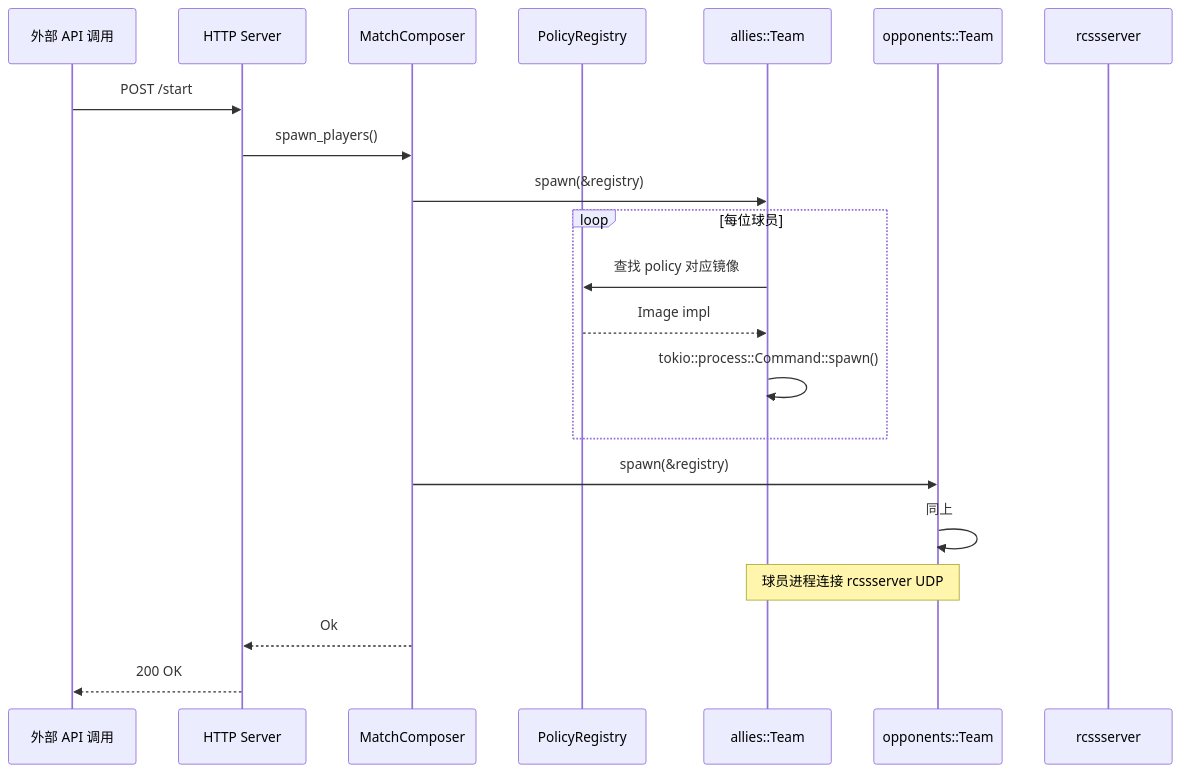
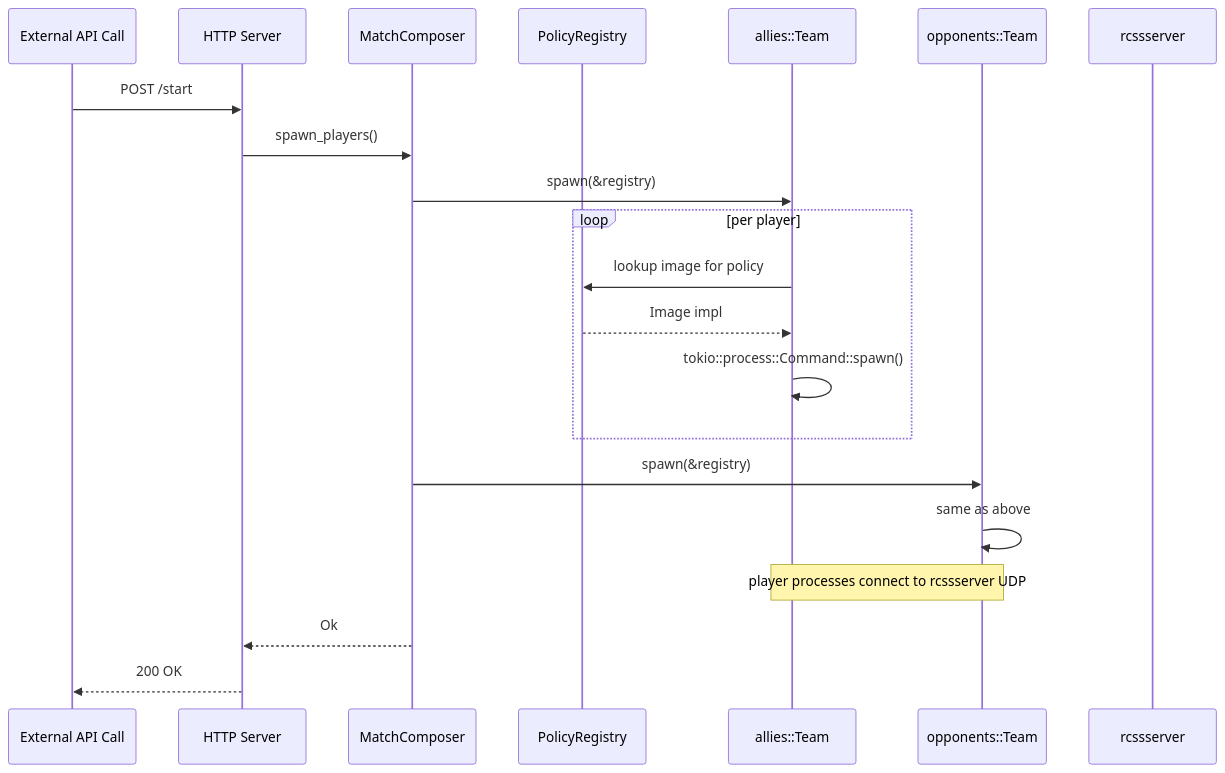
Before and after one commit to NN-4H0U/cluster: diagram 18 of 20 in docs/REPORT.md, drawn with Mermaid. The commit also changed other lines of this file, not shown here.

Commit message:
docs: fix 3.3 stateDiagram parse error and translate all diagram Chinese to English

````diff
--- a/docs/REPORT.md
+++ b/docs/REPORT.md
@@ -445,24 +445,24 @@
 ```mermaid
 sequenceDiagram
-    participant Client as 外部 API 调用
+    participant Client as External API Call
     participant Srv as HTTP Server
     participant Comp as MatchComposer
     participant Reg as PolicyRegistry
     participant AT as allies::Team
     participant OT as opponents::Team
     participant RCSS as rcssserver
 
     Client->>Srv: POST /start
     Srv->>Comp: spawn_players()
     Comp->>AT: spawn(&registry)
-    loop 每位球员
-        AT->>Reg: 查找 policy 对应镜像
+    loop per player
+        AT->>Reg: lookup image for policy
         Reg-->>AT: Image impl
         AT->>AT: tokio::process::Command::spawn()
     end
     Comp->>OT: spawn(&registry)
-    OT->>OT: 同上
-    Note over AT,OT: 球员进程连接 rcssserver UDP
+    OT->>OT: same as above
+    Note over AT,OT: player processes connect to rcssserver UDP
     Comp-->>Srv: Ok
     Srv-->>Client: 200 OK
 ```
````
